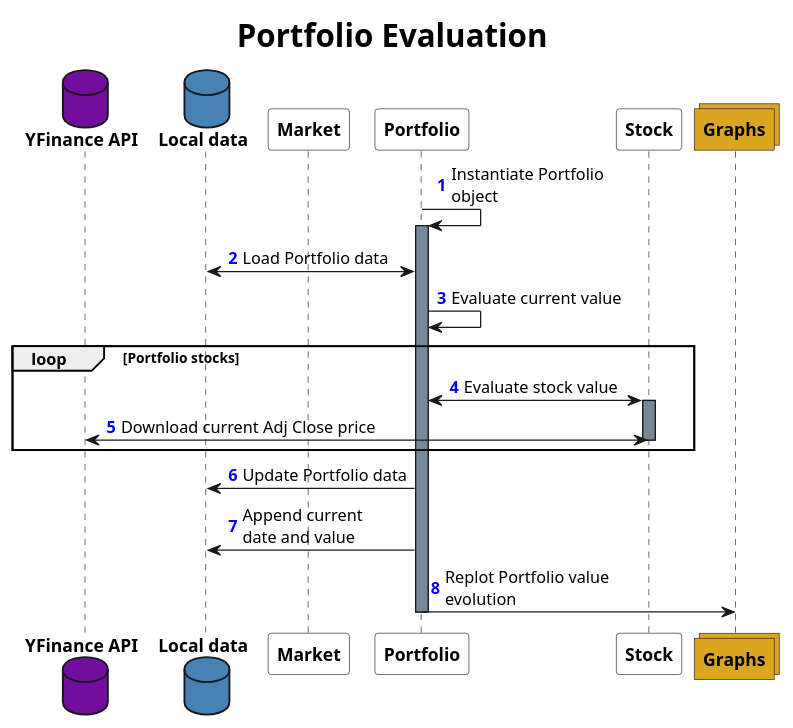
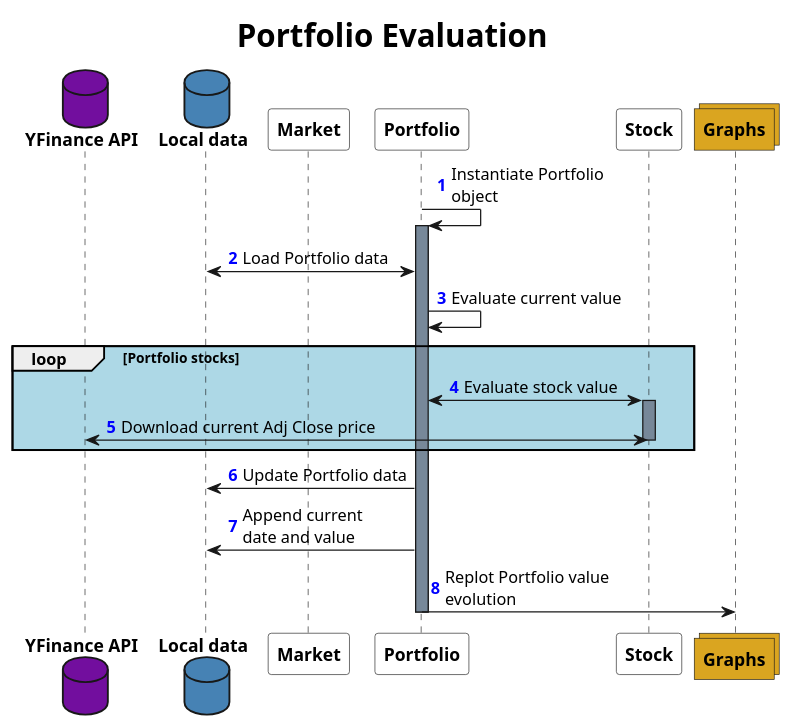
The diagram in docs/sequence_diagram/portfolio_evaluation.puml (romainmrad/UVProjet), drawn with PlantUML before and after one commit. The commit also changed 965 other files, not shown here.

```diff
--- a/docs/sequence_diagram/portfolio_evaluation.puml
+++ b/docs/sequence_diagram/portfolio_evaluation.puml
@@ -1,39 +1,39 @@
 @startuml
 
 skinparam ParticipantFontStyle bold
 skinparam DatabaseFontStyle bold
 skinparam CollectionsFontStyle bold
 skinparam BackgroundColor White
 skinparam TitleFontSize 25
 skinparam TitleFontStyle bold
 autonumber "<font color=blue><b>"
 
 
 title Portfolio Evaluation
 
 
 database "YFinance API" #720E9E
 database "Local data" #SteelBlue
 participant Market #White
 participant Portfolio #White
 participant Stock #White
 collections Graphs #GoldenRod
 
 
 Portfolio -> Portfolio: Instantiate Portfolio \nobject
 activate Portfolio #LightSlateGrey
 Portfolio <-> "Local data": Load Portfolio data
 Portfolio -> Portfolio: Evaluate current value
-loop Portfolio stocks
+loop #LightBlue Portfolio stocks
 Portfolio <-> Stock: Evaluate stock value
 activate Stock #LightSlateGrey
 Stock <-> "YFinance API": Download current Adj Close price
 deactivate Stock
 end
 Portfolio -> "Local data": Update Portfolio data
 
 Portfolio -> "Local data": Append current \ndate and value
 Portfolio -> Graphs: Replot Portfolio value \nevolution
 deactivate Portfolio
 
 @enduml
```
